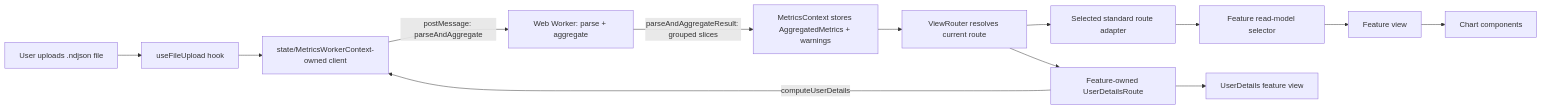
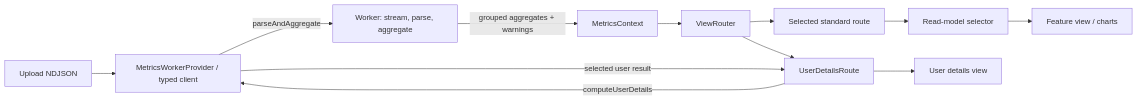
The diagram in docs/project-overview.md (asizikov-demos/copilot-user-level-statistics-viewer), drawn with Mermaid before and after one commit. The commit also changed other lines of this file and 1 other file, not shown here.

First line of the commit message:
docs: condense product and architecture guidance

````diff
--- a/docs/project-overview.md
+++ b/docs/project-overview.md
@@ -262,15 +26,14 @@
 ```mermaid
 flowchart LR
-  A[User uploads .ndjson file] --> B[useFileUpload hook]
-  B --> C[state/MetricsWorkerContext-owned client]
-  C -->|postMessage: parseAndAggregate| W[Web Worker: parse + aggregate]
-  W -->|parseAndAggregateResult: grouped slices| D[MetricsContext stores AggregatedMetrics + warnings]
-  D --> VR[ViewRouter resolves current route]
-  VR --> SR[Selected standard route adapter]
-  VR --> UR[Feature-owned UserDetailsRoute]
-  SR --> RM[Feature read-model selector]
-  RM --> E[Feature view]
-  UR -->|computeUserDetails| C
-  UR --> UDV[UserDetails feature view]
-  E --> F[Chart components]
+  U[Upload NDJSON] --> P[MetricsWorkerProvider / typed client]
+  P -->|parseAndAggregate| W[Worker: stream, parse, aggregate]
+  W -->|grouped aggregates + warnings| M[MetricsContext]
+  M --> R[ViewRouter]
+  R --> S[Selected standard route]
+  S --> RM[Read-model selector]
+  RM --> V[Feature view / charts]
+  R --> D[UserDetailsRoute]
+  D -->|computeUserDetails| P
+  P -->|selected user result| D
+  D --> DV[User details view]
 ```
````
